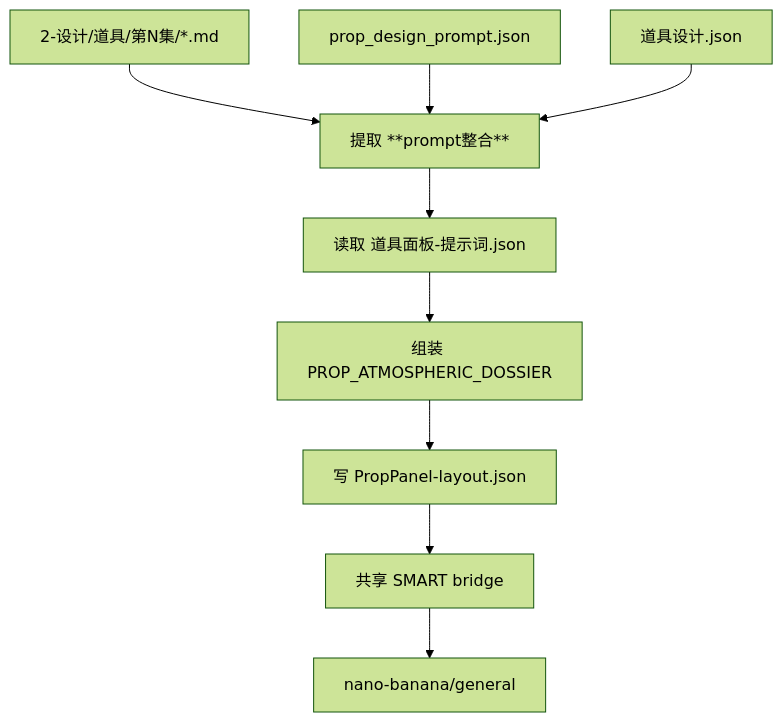
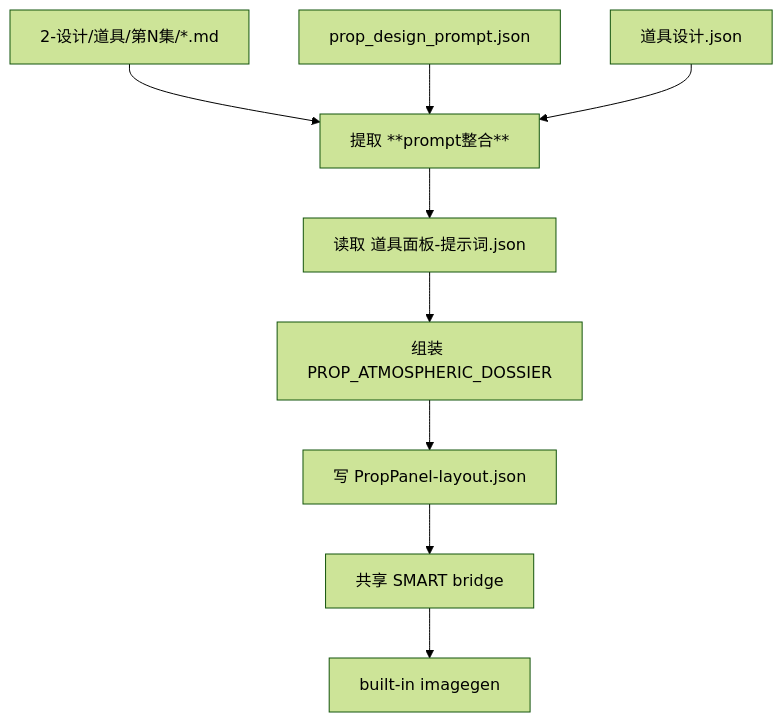
Before and after one commit to ZEN-VOID/AI-CUT: the first of 3 diagrams in .agents/skills/aigc/4-Design/3-面板/道具/SKILL.md, drawn with Mermaid (forest theme). The commit also changed other lines of this file and 59 other files, not shown here.

````diff
--- a/.agents/skills/aigc/4-Design/3-面板/道具/SKILL.md
+++ b/.agents/skills/aigc/4-Design/3-面板/道具/SKILL.md
@@ -88,11 +88,11 @@
 ```mermaid
 flowchart TD
     A["2-设计/道具/第N集/*.md"] --> B["提取 **prompt整合**"]
     A2["prop_design_prompt.json"] --> B
     A3["道具设计.json"] --> B
     B --> C["读取 道具面板-提示词.json"]
     C --> D["组装 PROP_ATMOSPHERIC_DOSSIER"]
     D --> E["写 PropPanel-layout.json"]
     E --> F["共享 SMART bridge"]
-    F --> G["nano-banana/general"]
+    F --> G["built-in imagegen"]
 ```
````
